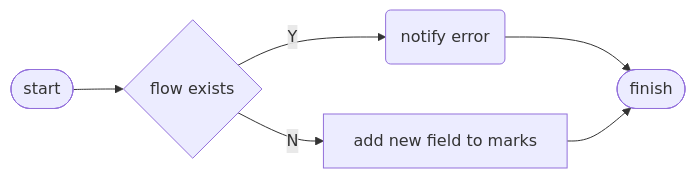
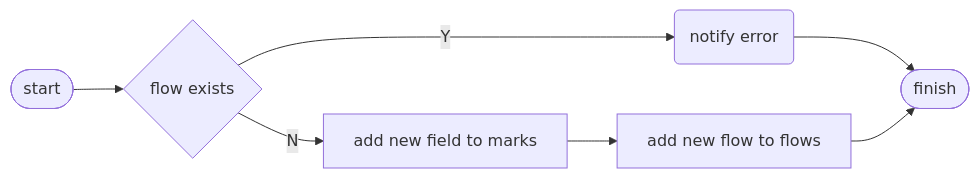
Diagram 11 of 24 in DESIGN.md (niuiic/track.nvim), drawn with Mermaid before and after one commit. The commit also changed other lines of this file and 4 other files, not shown here.

Commit message:
feat: change flow order

````diff
--- a/DESIGN.md
+++ b/DESIGN.md
@@ -283,12 +289,14 @@
 ```mermaid
 flowchart LR
     start([start]) --> n1
 
     n1{flow exists}
     n1 --Y--> error(notify error) --> finish
     n1 --N--> n2
 
-    n2[add new field to marks] --> finish
+    n2[add new field to marks] --> n3
+
+    n3[add new flow to flows] --> finish
 
     finish([finish])
 ```
````
